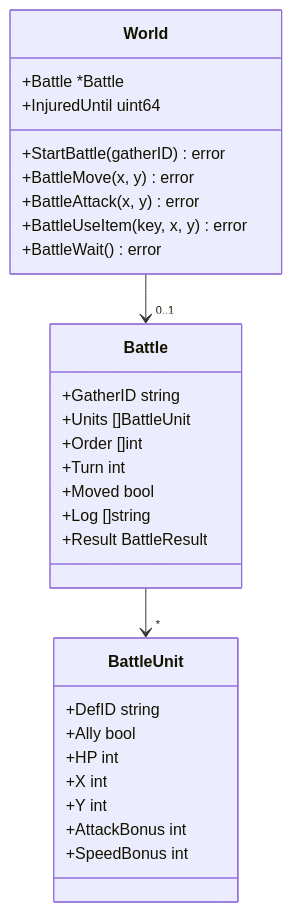
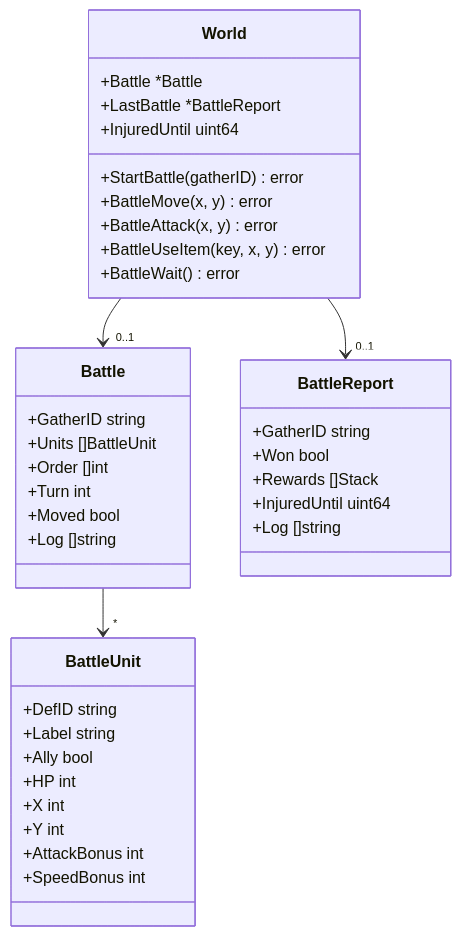
Before and after one commit to sakana396/fushigi_renkin: the third of 4 diagrams in docs/03_design/design-it03.md, drawn with Mermaid. The commit also changed other lines of this file and 2 other files, not shown here.

````diff
--- a/docs/03_design/design-it03.md
+++ b/docs/03_design/design-it03.md
@@ -122,32 +165,41 @@
 ```mermaid
 classDiagram
   class World {
     +Battle *Battle
+    +LastBattle *BattleReport
+    +InjuredUntil uint64
     +StartBattle(gatherID) error
     +BattleMove(x, y) error
     +BattleAttack(x, y) error
     +BattleUseItem(key, x, y) error
     +BattleWait() error
-    +InjuredUntil uint64
   }
   class Battle {
     +GatherID string
     +Units []BattleUnit
     +Order []int
     +Turn int
     +Moved bool
     +Log []string
-    +Result BattleResult
   }
   class BattleUnit {
     +DefID string
+    +Label string
     +Ally bool
     +HP int
     +X int
     +Y int
     +AttackBonus int
     +SpeedBonus int
   }
+  class BattleReport {
+    +GatherID string
+    +Won bool
+    +Rewards []Stack
+    +InjuredUntil uint64
+    +Log []string
+  }
   World --> "0..1" Battle
+  World --> "0..1" BattleReport
   Battle --> "*" BattleUnit
 ```
````
